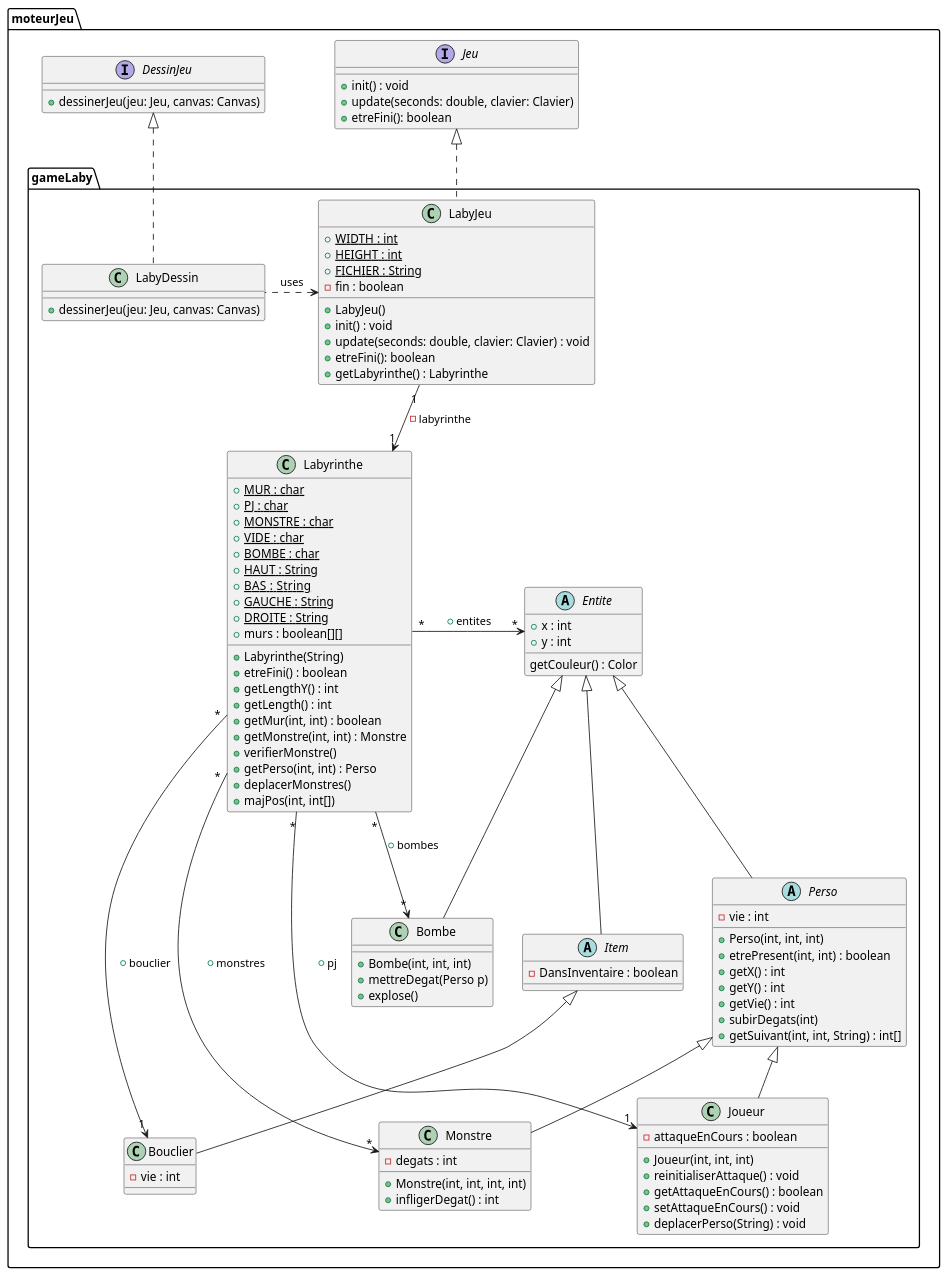
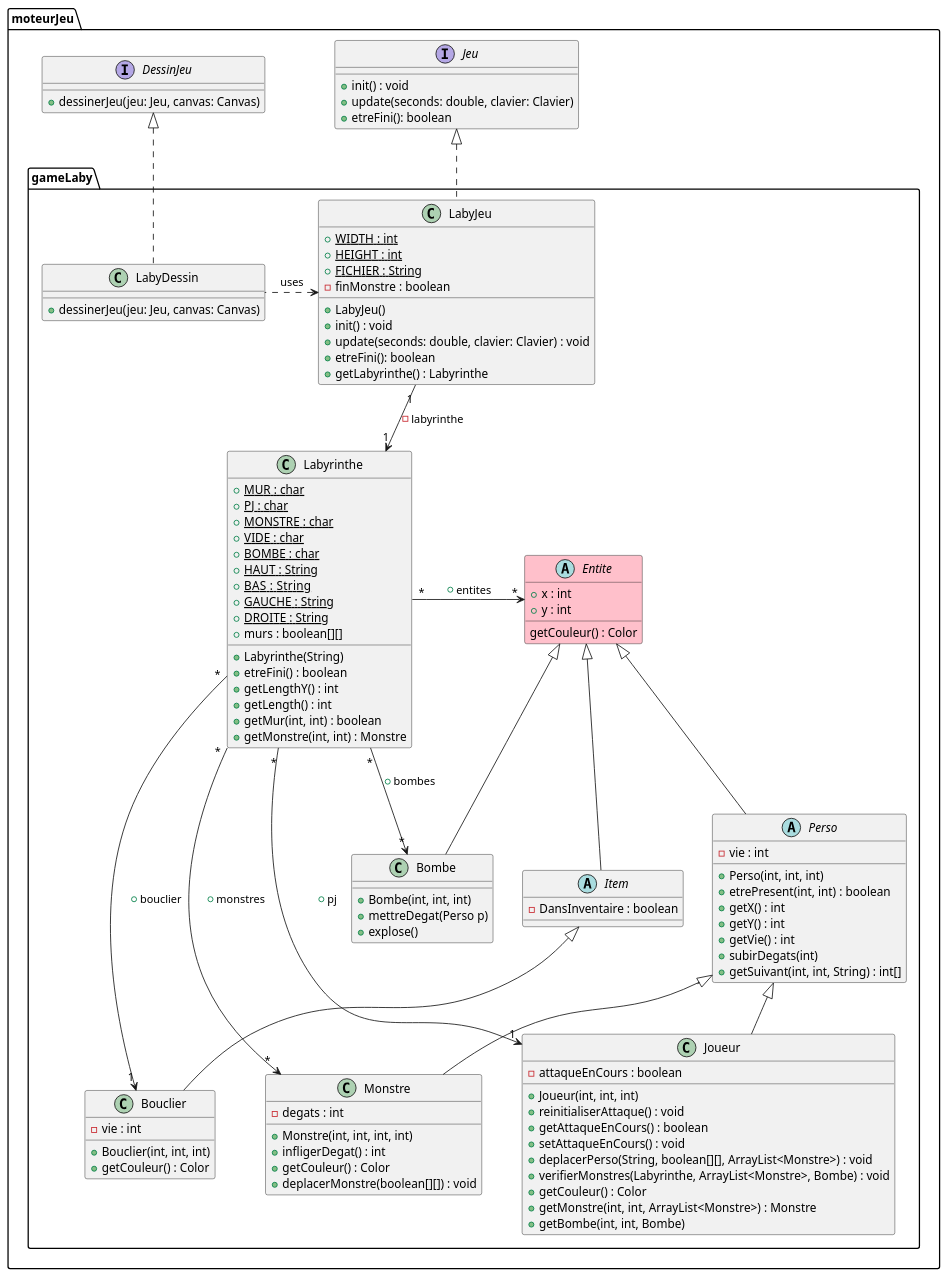
Before and after one commit to Packingdustry/2024_Zeldiablo_massoncl1u_delaborde2u_e2074u_marti1228u_e2920u: the diagram in projet_zeldiablo/documents/version_4/diag_classe_V4.puml, drawn with PlantUML. The commit also changed 1 other file, not shown here.

Commit message:
diag sequence et fichier repartition_fonc

```diff
--- a/projet_zeldiablo/documents/version_4/diag_classe_V4.puml
+++ b/projet_zeldiablo/documents/version_4/diag_classe_V4.puml
@@ -1,117 +1,121 @@
 @startuml
 package moteurJeu {
 
 interface Jeu{
 + init() : void
 + update(seconds: double, clavier: Clavier)
 + etreFini(): boolean
 }
 
 
 interface DessinJeu {
 + dessinerJeu(jeu: Jeu, canvas: Canvas)
 }
 
 package gameLaby{
 
 class LabyJeu{
 + {static} WIDTH : int
 + {static} HEIGHT : int
 + {static} FICHIER : String
-- fin : boolean
+- finMonstre : boolean
 + LabyJeu()
 + init() : void
 + update(seconds: double, clavier: Clavier) : void
 + etreFini(): boolean
 + getLabyrinthe() : Labyrinthe
 }
 
 class Labyrinthe {
   + {static} MUR : char
   + {static} PJ : char
   + {static} MONSTRE : char
   + {static} VIDE : char
   + {static} BOMBE : char
   + {static} HAUT : String
   + {static} BAS  : String
   + {static} GAUCHE : String
   + {static} DROITE : String
   + murs : boolean[][]
   + Labyrinthe(String)
   + etreFini() : boolean
   + getLengthY() : int
   + getLength() : int
   + getMur(int, int) : boolean
   + getMonstre(int, int) : Monstre
-  + verifierMonstre()
-  + getPerso(int, int) : Perso
-  + deplacerMonstres()
-  + majPos(int, int[])
 }
 
 
 Jeu <|.. LabyJeu
 
 
 LabyJeu "1" --> "1" Labyrinthe : -labyrinthe
 
 
 class LabyDessin{
 + dessinerJeu(jeu: Jeu, canvas: Canvas)
 }
 
 DessinJeu <|.. LabyDessin
 LabyJeu <. LabyDessin:uses
 
-abstract class Entite {
+abstract class Entite #pink {
   + x : int
   + y : int
   getCouleur() : Color
 }
 
 abstract class Perso extends Entite {
   - vie : int
   + Perso(int, int, int)
   + etrePresent(int, int) : boolean
   + getX() : int
   + getY() : int
   + getVie() : int
   + subirDegats(int)
   + getSuivant(int, int, String) : int[]
 }
 
 
 class Monstre extends Perso {
   - degats : int
   + Monstre(int, int, int, int)
   + infligerDegat() : int
+  + getCouleur() : Color
+  + deplacerMonstre(boolean[][]) : void
 }
 class Bombe extends Entite {
   + Bombe(int, int, int)
   + mettreDegat(Perso p)
   + explose()
 }
 class Joueur extends Perso{
   - attaqueEnCours : boolean
   + Joueur(int, int, int)
   + reinitialiserAttaque() : void
   + getAttaqueEnCours() : boolean
   + setAttaqueEnCours() : void
-  + deplacerPerso(String) : void
+  + deplacerPerso(String, boolean[][], ArrayList<Monstre>) : void
+  + verifierMonstres(Labyrinthe, ArrayList<Monstre>, Bombe) : void
+  + getCouleur() : Color
+  + getMonstre(int, int, ArrayList<Monstre>) : Monstre
+  + getBombe(int, int, Bombe)
 }
 
 abstract class Item extends Entite {
   - DansInventaire : boolean
 }
 
 class Bouclier extends Item {
   - vie : int
+  + Bouclier(int, int, int)
+  + getCouleur() : Color
 }
 
 Labyrinthe "*" -> "*" Entite : + entites
 Labyrinthe "*" -> "*" Monstre : + monstres
 Labyrinthe "*" -> "1" Joueur : + pj
 Labyrinthe "*" -> "1" Bouclier : + bouclier
 Labyrinthe "*" -> "*" Bombe : + bombes
 }
 @enduml
```
